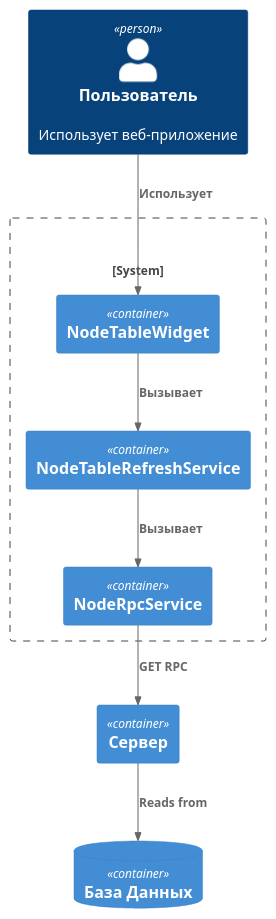
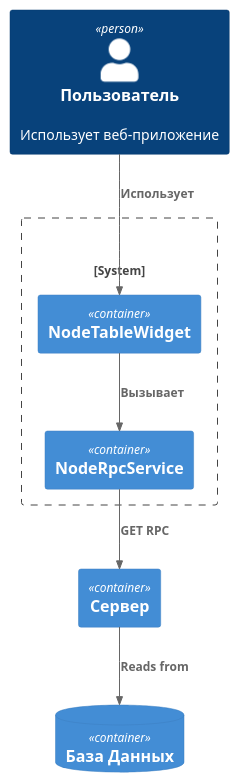
The diagram in docs/c4-component-client.puml (dbespa/gwt-tree), drawn with PlantUML before and after one commit. The commit also changed 5 other files, not shown here.

Commit message:
Обновление диаграмм

```diff
--- a/docs/c4-component-client.puml
+++ b/docs/c4-component-client.puml
@@ -1,21 +1,19 @@
 @startuml c4-component-client
 !include https://raw.githubusercontent.com/plantuml-stdlib/C4-PlantUML/master/C4_Container.puml
 
 Person(person, "Пользователь", "Использует веб-приложение")
 System_Boundary(c1, "") {
     Container(widget, "NodeTableWidget")
-    Container(refreshService, "NodeTableRefreshService")
     Container(rpcService, "NodeRpcService")
 }
 Container(server, "Сервер")
 ContainerDb(db, "База Данных")
 
 Rel(person, widget, "Использует")
 
-Rel(widget, refreshService, "Вызывает")
-Rel(refreshService, rpcService, "Вызывает")
+Rel(widget, rpcService, "Вызывает")
 
 Rel(rpcService, server, "GET RPC")
 Rel(server, db, "Reads from")
 
 @enduml
```
